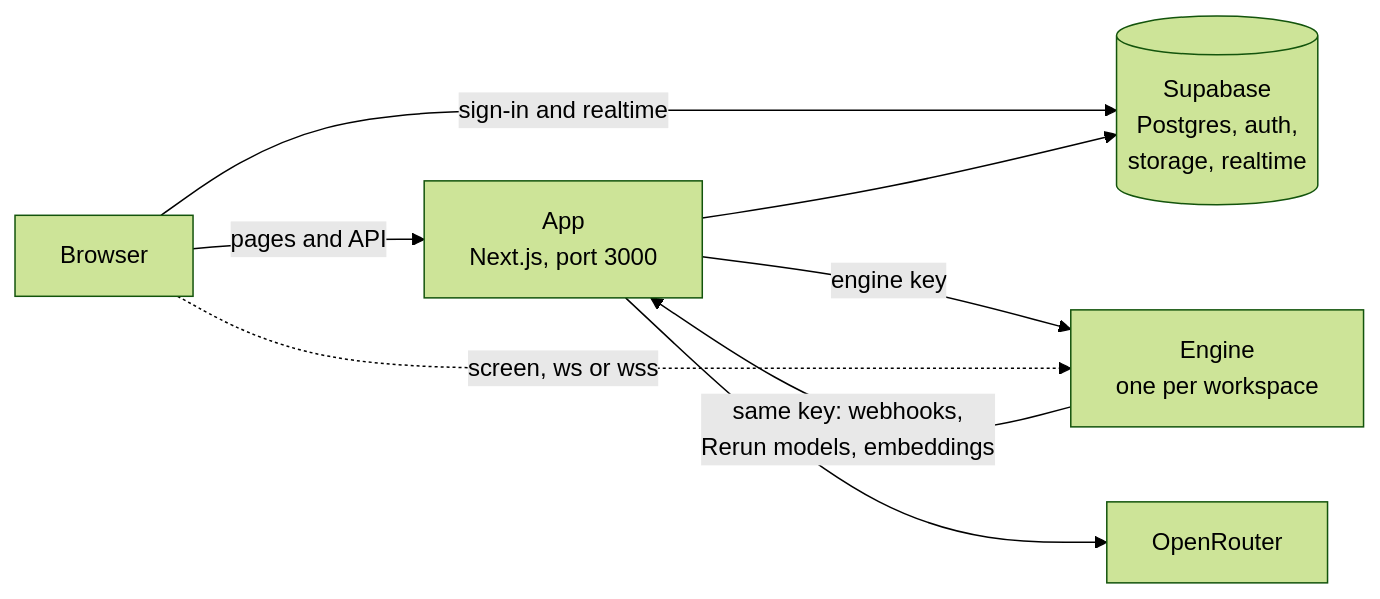
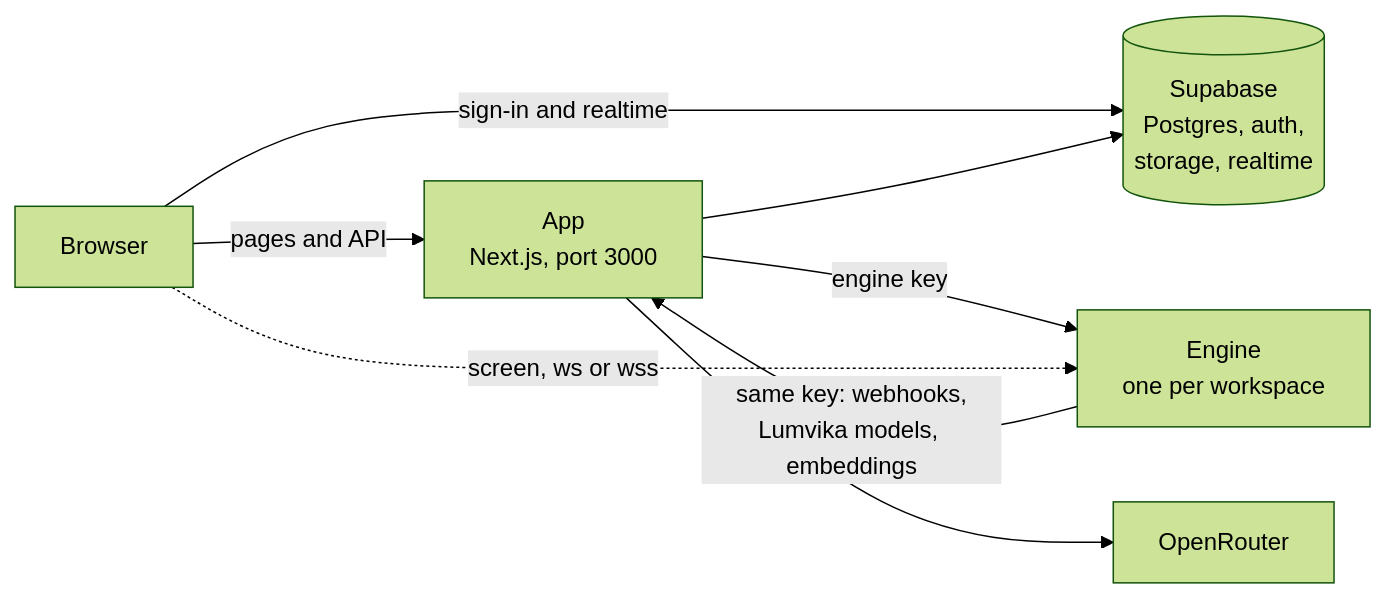
The diagram in apps/docs/self-host/overview.mdx (Nilovon/lumvika), drawn with Mermaid (forest theme) before and after one commit. The commit also changed other lines of this file and 2604 other files, not shown here.

````diff
--- a/apps/docs/self-host/overview.mdx
+++ b/apps/docs/self-host/overview.mdx
@@ -30,16 +30,16 @@
 ```mermaid
 flowchart LR
   browser[Browser]
   app["App<br/>Next.js, port 3000"]
   supabase[("Supabase<br/>Postgres, auth,<br/>storage, realtime")]
   engine["Engine<br/>one per workspace"]
   openrouter[OpenRouter]
 
   browser -->|pages and API| app
   browser -->|sign-in and realtime| supabase
   app --> supabase
   app -->|engine key| engine
-  engine -->|same key: webhooks,<br/>Rerun models, embeddings| app
+  engine -->|same key: webhooks,<br/>Lumvika models, embeddings| app
   browser -.->|screen, ws or wss| engine
   app --> openrouter
 ```
````
